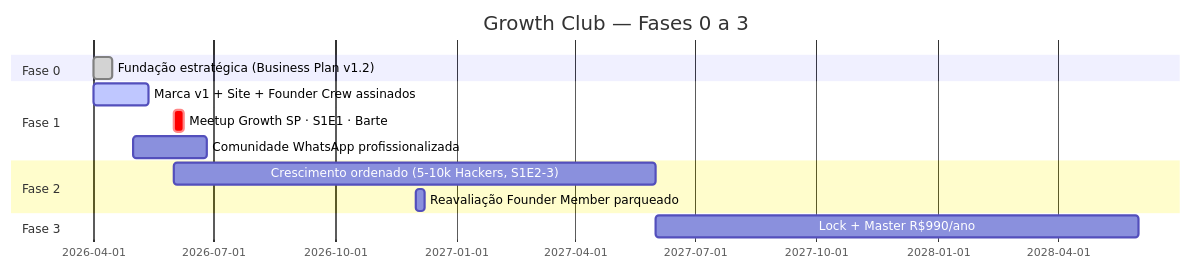
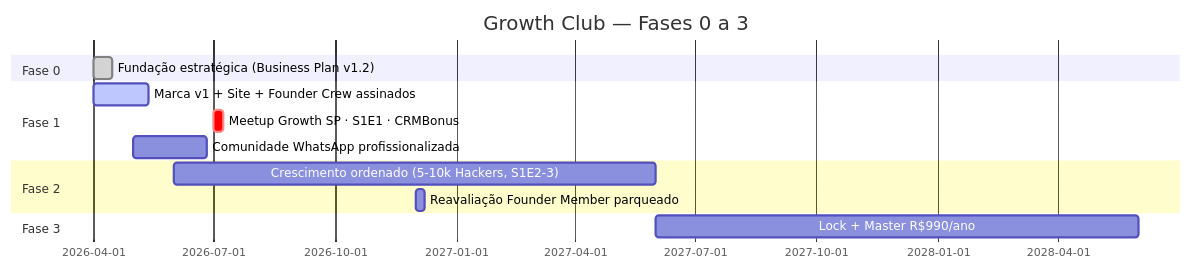
One commit to henriquecaner/Growth-Club changed the second of 2 diagrams in README.md. Above: the diagram before and after it, drawn with Mermaid. The commit also changed other lines of this file and 36 other files, not shown here.

````diff
--- a/README.md
+++ b/README.md
@@ -194,16 +194,16 @@
 ```mermaid
 gantt
     title Growth Club — Fases 0 a 3
     dateFormat YYYY-MM
     section Fase 0
     Fundação estratégica (Business Plan v1.2)   :done, p0, 2026-04, 2w
     section Fase 1
     Marca v1 + Site + Founder Crew assinados    :active, p1a, 2026-04, 6w
-    Meetup Growth SP · S1E1 · Barte             :crit, p1b, 2026-06, 1w
+    Meetup Growth SP · S1E1 · CRMBonus          :crit, p1b, 2026-07, 1w
     Comunidade WhatsApp profissionalizada       :p1c, 2026-05, 8w
     section Fase 2
     Crescimento ordenado (5-10k Hackers, S1E2-3) :p2, 2026-06, 12M
     Reavaliação Founder Member parqueado         :p2b, 2026-12, 1w
     section Fase 3
     Lock + Master R$990/ano                     :p3, 2027-06, 12M
 ```
````
